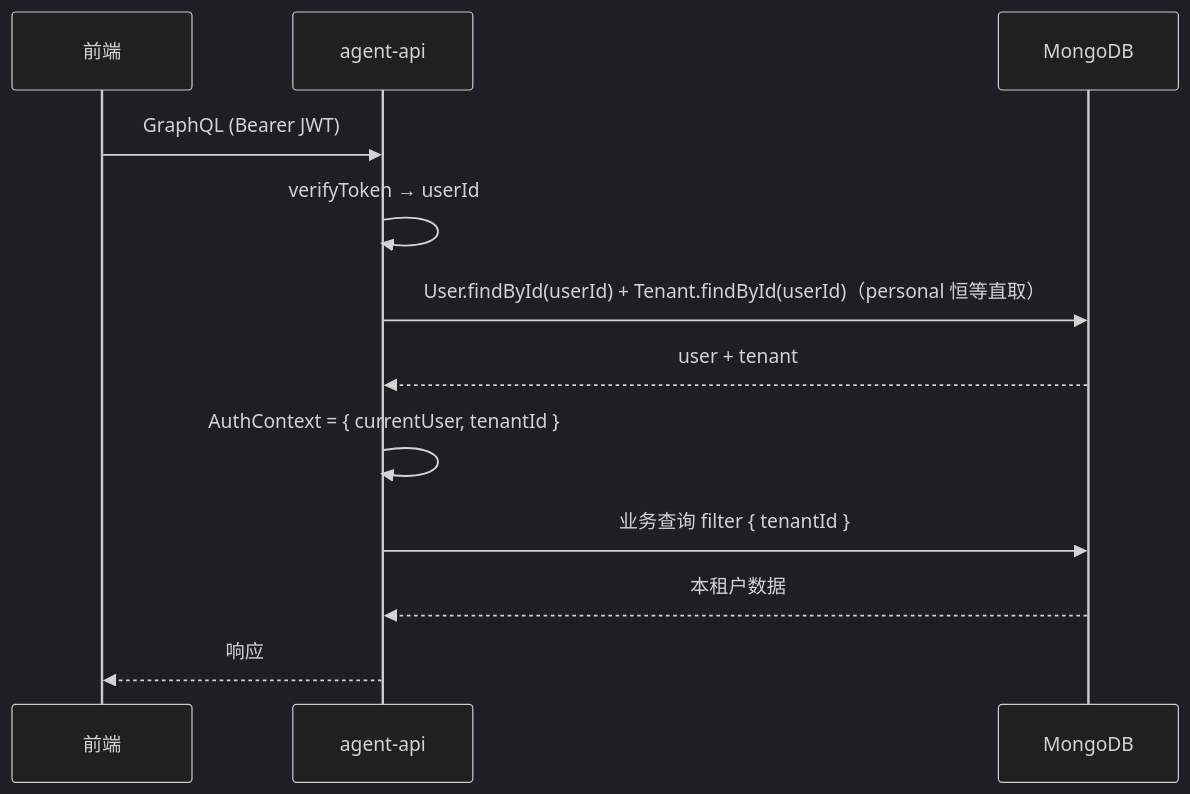
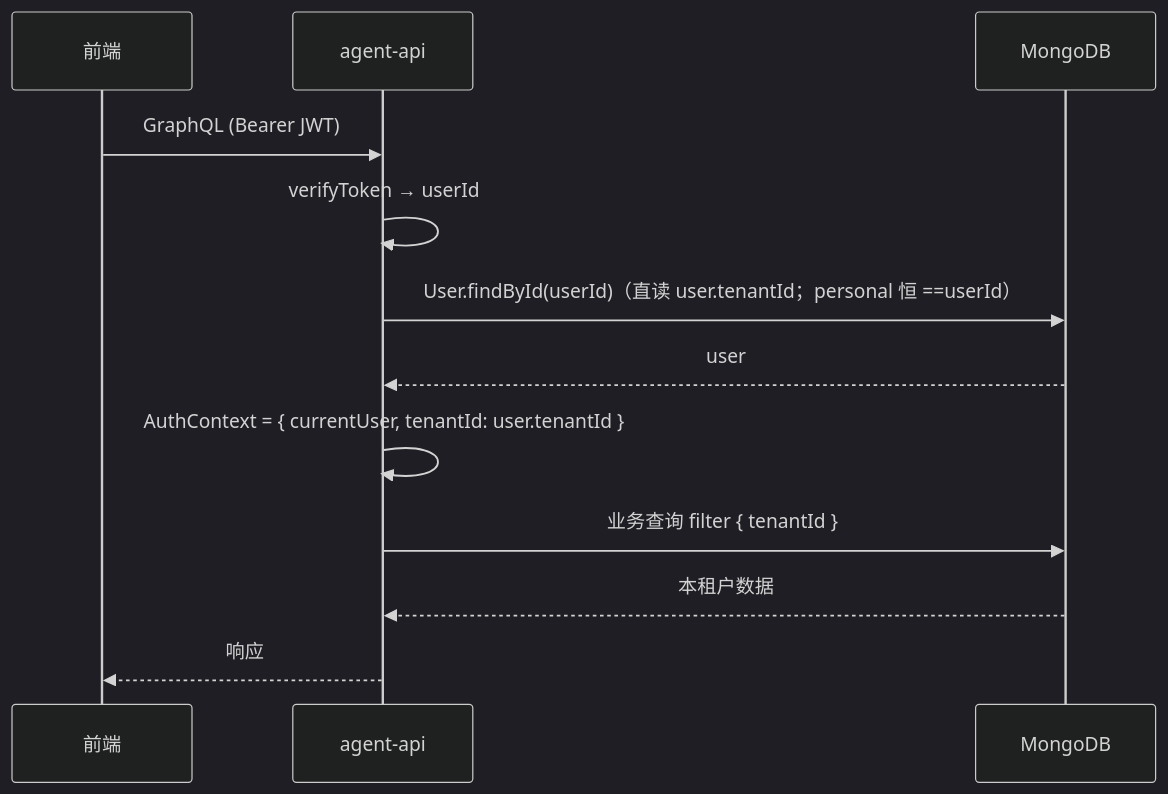
Before and after one commit to Deliay/z-agent-gear: the fourth of 6 diagrams in docs/engineering/proposals/20261027-feat-multi-tenant-phase1.md, drawn with Mermaid (dark theme). The commit also changed other lines of this file and 3 other files, not shown here.

````diff
--- a/docs/engineering/proposals/20261027-feat-multi-tenant-phase1.md
+++ b/docs/engineering/proposals/20261027-feat-multi-tenant-phase1.md
@@ -334,14 +347,14 @@
 ```mermaid
 sequenceDiagram
     participant C as 前端
     participant A as agent-api
     participant D as MongoDB
     C->>A: GraphQL (Bearer JWT)
     A->>A: verifyToken → userId
-    A->>D: User.findById(userId) + Tenant.findById(userId)（personal 恒等直取）
-    D-->>A: user + tenant
-    A->>A: AuthContext = { currentUser, tenantId }
+    A->>D: User.findById(userId)（直读 user.tenantId；personal 恒 ==userId）
+    D-->>A: user
+    A->>A: AuthContext = { currentUser, tenantId: user.tenantId }
     A->>D: 业务查询 filter { tenantId }
     D-->>A: 本租户数据
     A-->>C: 响应
 ```
````
